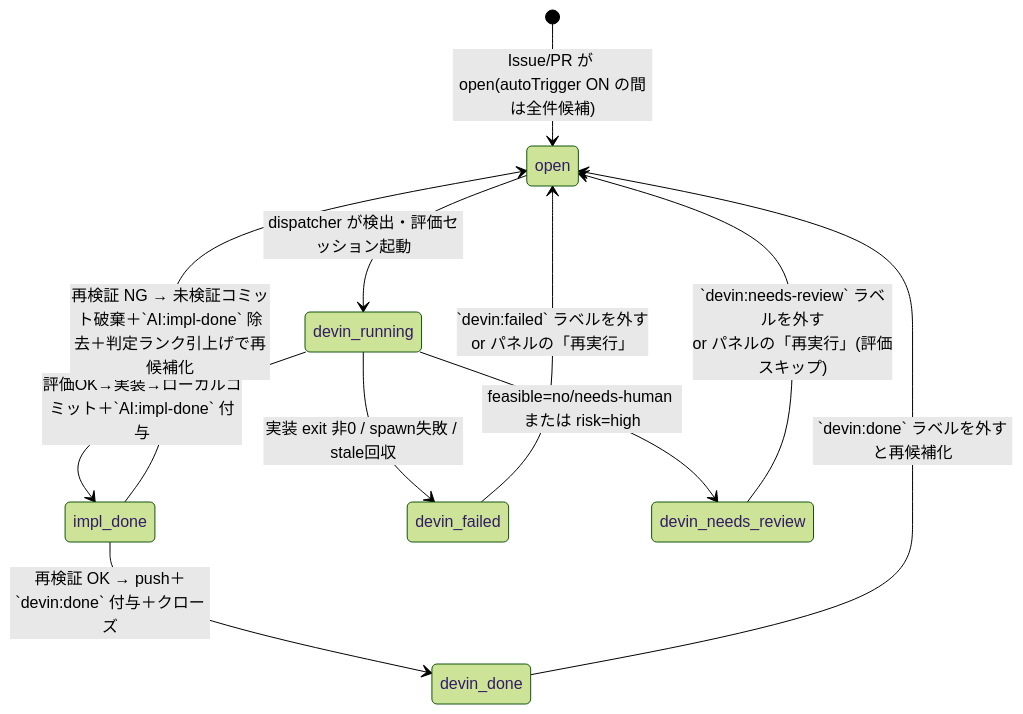
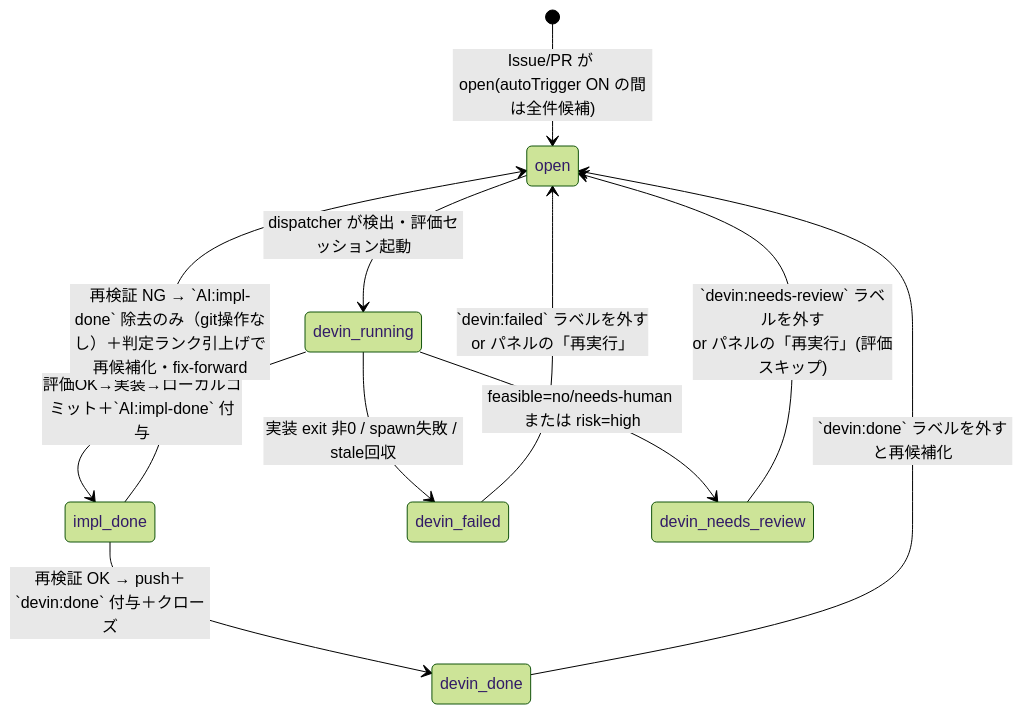
One commit to yamamoto-ryuzo/devin-issue-dispatcher changed the second of 2 diagrams in README.md. Above: the diagram before and after it, drawn with Mermaid (forest theme). The commit also changed other lines of this file and 13 other files, not shown here.

````diff
--- a/README.md
+++ b/README.md
@@ -64,13 +70,13 @@
 ```mermaid
 stateDiagram-v2
     [*] --> open: Issue/PR が open(autoTrigger ON の間は全件候補)
     open --> devin_running: dispatcher が検出・評価セッション起動
     devin_running --> impl_done: 評価OK→実装→ローカルコミット＋`AI:impl-done` 付与
     impl_done --> devin_done: 再検証 OK → push＋`devin:done` 付与＋クローズ
-    impl_done --> open: 再検証 NG → 未検証コミット破棄＋`AI:impl-done` 除去＋判定ランク引上げで再候補化
+    impl_done --> open: 再検証 NG → `AI:impl-done` 除去のみ（git操作なし）＋判定ランク引上げで再候補化・fix-forward
     devin_running --> devin_failed: 実装 exit 非0 / spawn失敗 / stale回収
     devin_running --> devin_needs_review: feasible=no/needs-human または risk=high
     devin_failed --> open: `devin:failed` ラベルを外す<br/>or パネルの「再実行」
     devin_needs_review --> open: `devin:needs-review` ラベルを外す<br/>or パネルの「再実行」(評価スキップ)
     devin_done --> open: `devin:done` ラベルを外すと再候補化
 ```
````
